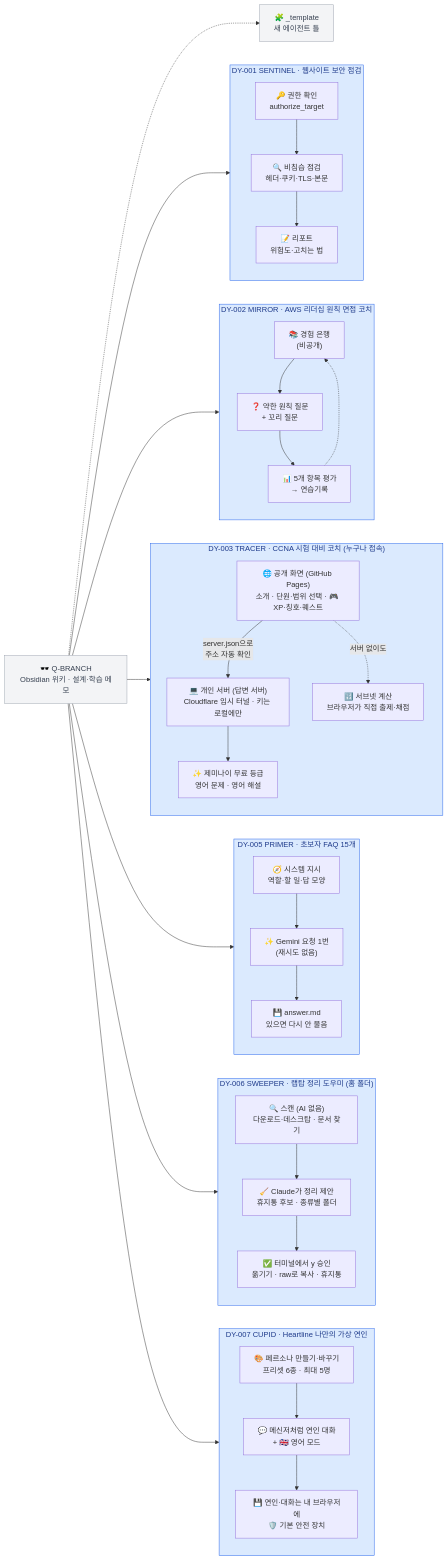
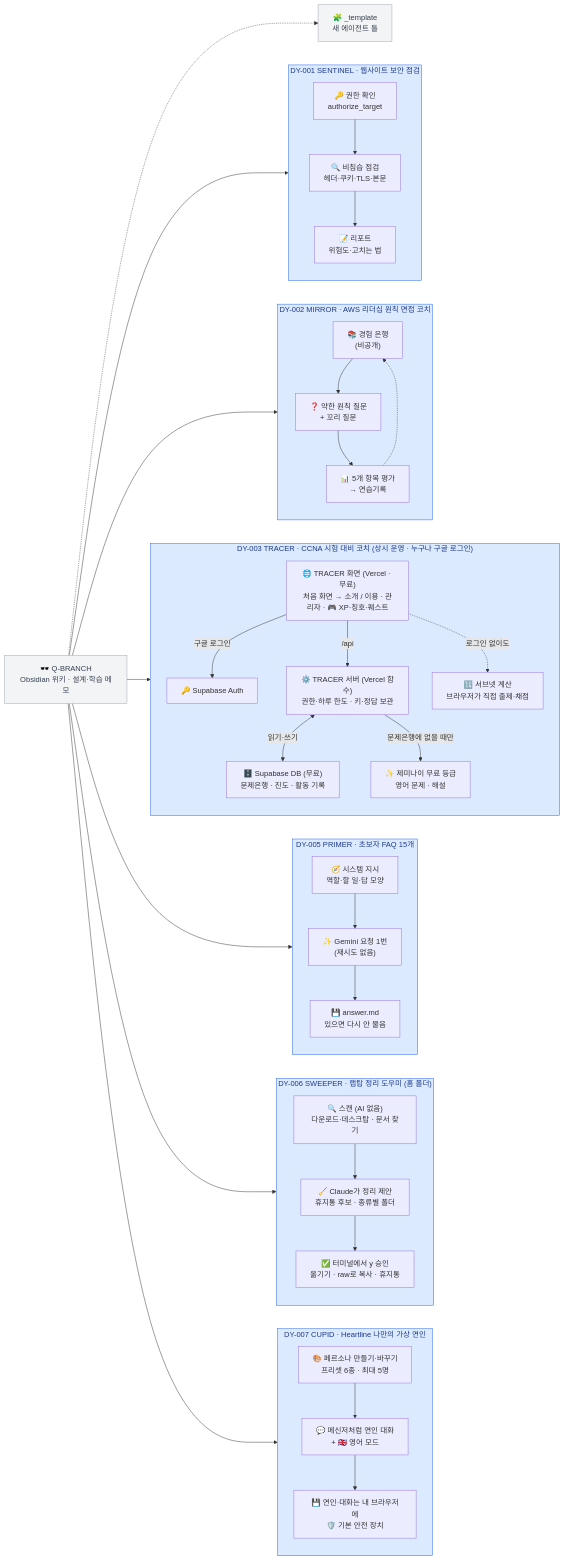
One commit to DODO-YONG/Obsidian changed the diagram in README.md. Above: the diagram before and after it, drawn with Mermaid. The commit also changed other lines of this file and 13 other files, not shown here.

````diff
--- a/README.md
+++ b/README.md
@@ -12,59 +12,61 @@
 ```mermaid
 flowchart LR
   W["🕶️ Q-BRANCH<br/>Obsidian 위키 · 설계·학습 메모"]
   T["🧩 _template<br/>새 에이전트 틀"]
   W -.-> T
 
   subgraph SA["DY-001 SENTINEL · 웹사이트 보안 점검"]
     direction TB
     SA1["🔑 권한 확인<br/>authorize_target"] --> SA2["🔍 비침습 점검<br/>헤더·쿠키·TLS·본문"]
     SA2 --> SA3["📝 리포트<br/>위험도·고치는 법"]
   end
   W --> SA
 
   subgraph IC["DY-002 MIRROR · AWS 리더십 원칙 면접 코치"]
     direction TB
     IC1["📚 경험 은행<br/>(비공개)"] --> IC2["❓ 약한 원칙 질문<br/>+ 꼬리 질문"]
     IC2 --> IC3["📊 5개 항목 평가<br/>→ 연습기록"]
     IC3 -.-> IC1
   end
   W --> IC
 
-  subgraph CC["DY-003 TRACER · CCNA 시험 대비 코치 (누구나 접속)"]
+  subgraph CC["DY-003 TRACER · CCNA 시험 대비 코치 (상시 운영 · 누구나 구글 로그인)"]
     direction TB
-    CC1["🌐 공개 화면 (GitHub Pages)<br/>소개 · 단원·범위 선택 · 🎮 XP·칭호·퀘스트"] -->|"server.json으로<br/>주소 자동 확인"| CC2["💻 개인 서버 (답변 서버)<br/>Cloudflare 임시 터널 · 키는 로컬에만"]
-    CC2 --> CC3["✨ 제미나이 무료 등급<br/>영어 문제 · 영어 해설"]
-    CC1 -.->|"서버 없이도"| CC4["🔢 서브넷 계산<br/>브라우저가 직접 출제·채점"]
+    CC1["🌐 TRACER 화면 (Vercel · 무료)<br/>처음 화면 → 소개 / 이용 · 관리자 · 🎮 XP·칭호·퀘스트"] -->|"구글 로그인"| CC5["🔑 Supabase Auth"]
+    CC1 -->|"/api"| CC2["⚙️ TRACER 서버 (Vercel 함수)<br/>권한·하루 한도 · 키·정답 보관"]
+    CC2 <-->|"읽기·쓰기"| CC6["🗄️ Supabase DB (무료)<br/>문제은행 · 진도 · 활동 기록"]
+    CC2 -->|"문제은행에 없을 때만"| CC3["✨ 제미나이 무료 등급<br/>영어 문제 · 해설"]
+    CC1 -.->|"로그인 없이도"| CC4["🔢 서브넷 계산<br/>브라우저가 직접 출제·채점"]
   end
   W --> CC
 
   subgraph BF["DY-005 PRIMER · 초보자 FAQ 15개"]
     direction TB
     BF1["🧭 시스템 지시<br/>역할·할 일·답 모양"] --> BF2["✨ Gemini 요청 1번<br/>(재시도 없음)"]
     BF2 --> BF3["💾 answer.md<br/>있으면 다시 안 물음"]
   end
   W --> BF
 
   subgraph LH["DY-006 SWEEPER · 랩탑 정리 도우미 (홈 폴더)"]
     direction TB
     LH1["🔍 스캔 (AI 없음)<br/>다운로드·데스크탑 · 문서 찾기"] --> LH2["🧹 Claude가 정리 제안<br/>휴지통 후보 · 종류별 폴더"]
     LH2 --> LH3["✅ 터미널에서 y 승인<br/>옮기기 · raw로 복사 · 휴지통"]
   end
   W --> LH
 
   subgraph HL["DY-007 CUPID · Heartline 나만의 가상 연인"]
     direction TB
     HL1["🎨 페르소나 만들기·바꾸기<br/>프리셋 6종 · 최대 5명"] --> HL2["💬 메신저처럼 연인 대화<br/>+ 🇬🇧 영어 모드"]
     HL2 --> HL3["💾 연인·대화는 내 브라우저에<br/>🛡️ 기본 안전 장치"]
   end
   W --> HL
 
   classDef base fill:#f3f4f6,stroke:#9ca3af,color:#374151
   class W,T base
   style SA fill:#dbeafe,stroke:#2563eb,color:#1e3a8a
   style IC fill:#dbeafe,stroke:#2563eb,color:#1e3a8a
   style CC fill:#dbeafe,stroke:#2563eb,color:#1e3a8a
   style BF fill:#dbeafe,stroke:#2563eb,color:#1e3a8a
   style LH fill:#dbeafe,stroke:#2563eb,color:#1e3a8a
   style HL fill:#dbeafe,stroke:#2563eb,color:#1e3a8a
 ```
````
